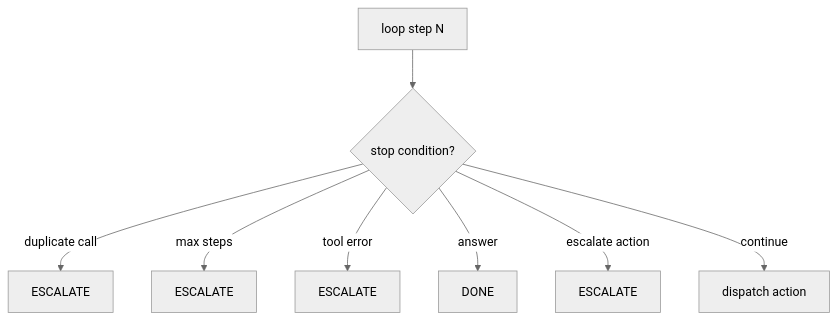
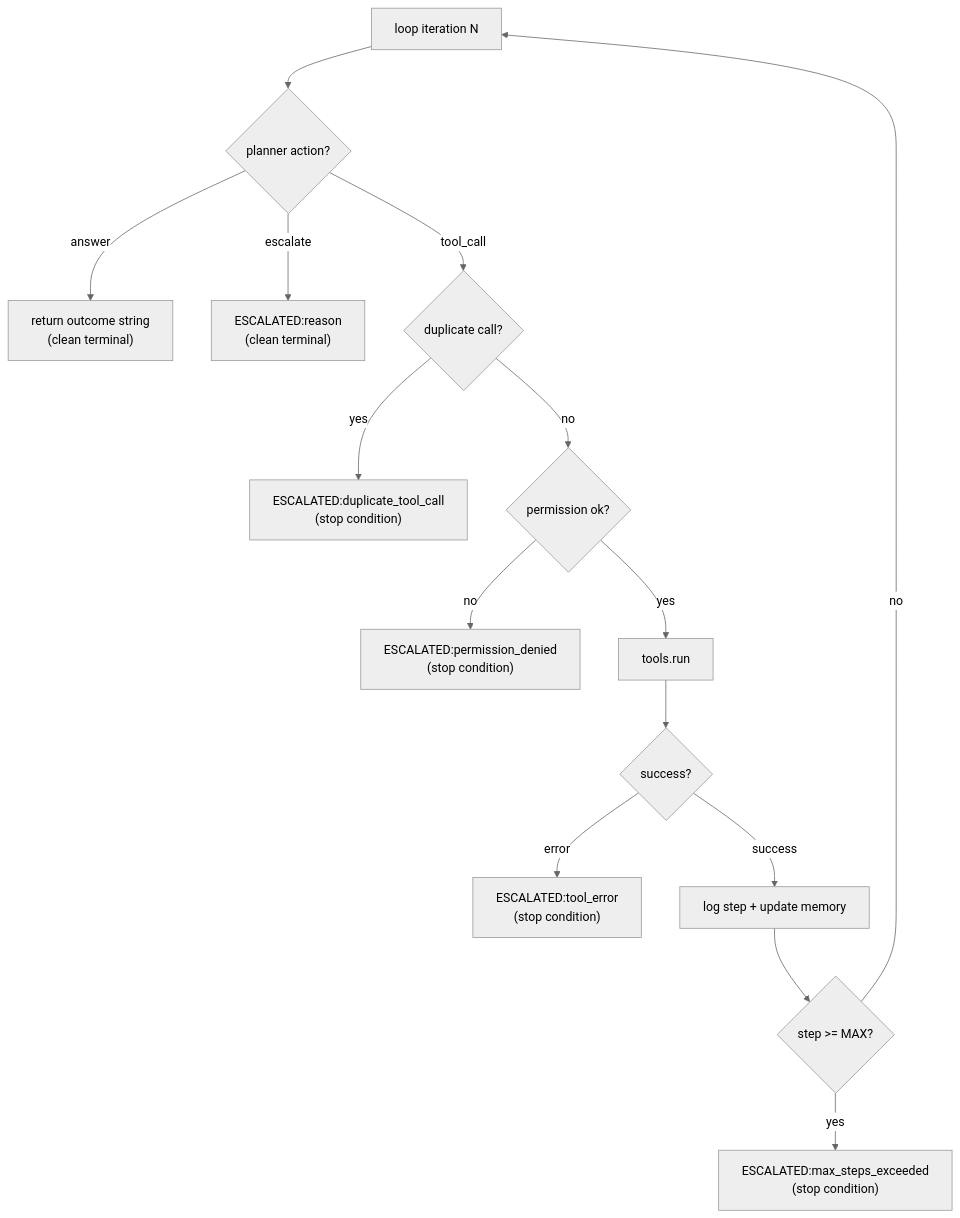
The first of 2 diagrams in src/book1/09-stop-escalate.md (adu3110/building-agentic-systems), drawn with Mermaid (neutral theme) before and after one commit. The commit also changed other lines of this file and 9 other files, not shown here.

````diff
--- a/src/book1/09-stop-escalate.md
+++ b/src/book1/09-stop-escalate.md
@@ -7,10 +9,21 @@
 ```mermaid
 flowchart TB
-  Start[loop step N] --> Check{stop condition?}
-  Check -->|duplicate call| Esc1[ESCALATE]
-  Check -->|max steps| Esc2[ESCALATE]
-  Check -->|tool error| Esc3[ESCALATE]
-  Check -->|answer| Done[DONE]
-  Check -->|escalate action| Esc4[ESCALATE]
-  Check -->|continue| Act[dispatch action]
+  Start[loop iteration N] --> PA{planner action?}
+
+  PA -->|answer| Done["return outcome string\n(clean terminal)"]
+  PA -->|escalate| EscA["ESCALATED:reason\n(clean terminal)"]
+  PA -->|tool_call| DC{duplicate call?}
+
+  DC -->|yes| EscD["ESCALATED:duplicate_tool_call\n(stop condition)"]
+  DC -->|no| PC{permission ok?}
+
+  PC -->|no| EscP["ESCALATED:permission_denied\n(stop condition)"]
+  PC -->|yes| Dispatch[tools.run]
+
+  Dispatch --> TR{success?}
+  TR -->|error| EscE["ESCALATED:tool_error\n(stop condition)"]
+  TR -->|success| Log[log step + update memory]
+  Log --> SC{step >= MAX?}
+  SC -->|yes| EscMax["ESCALATED:max_steps_exceeded\n(stop condition)"]
+  SC -->|no| Start
 ```
````
